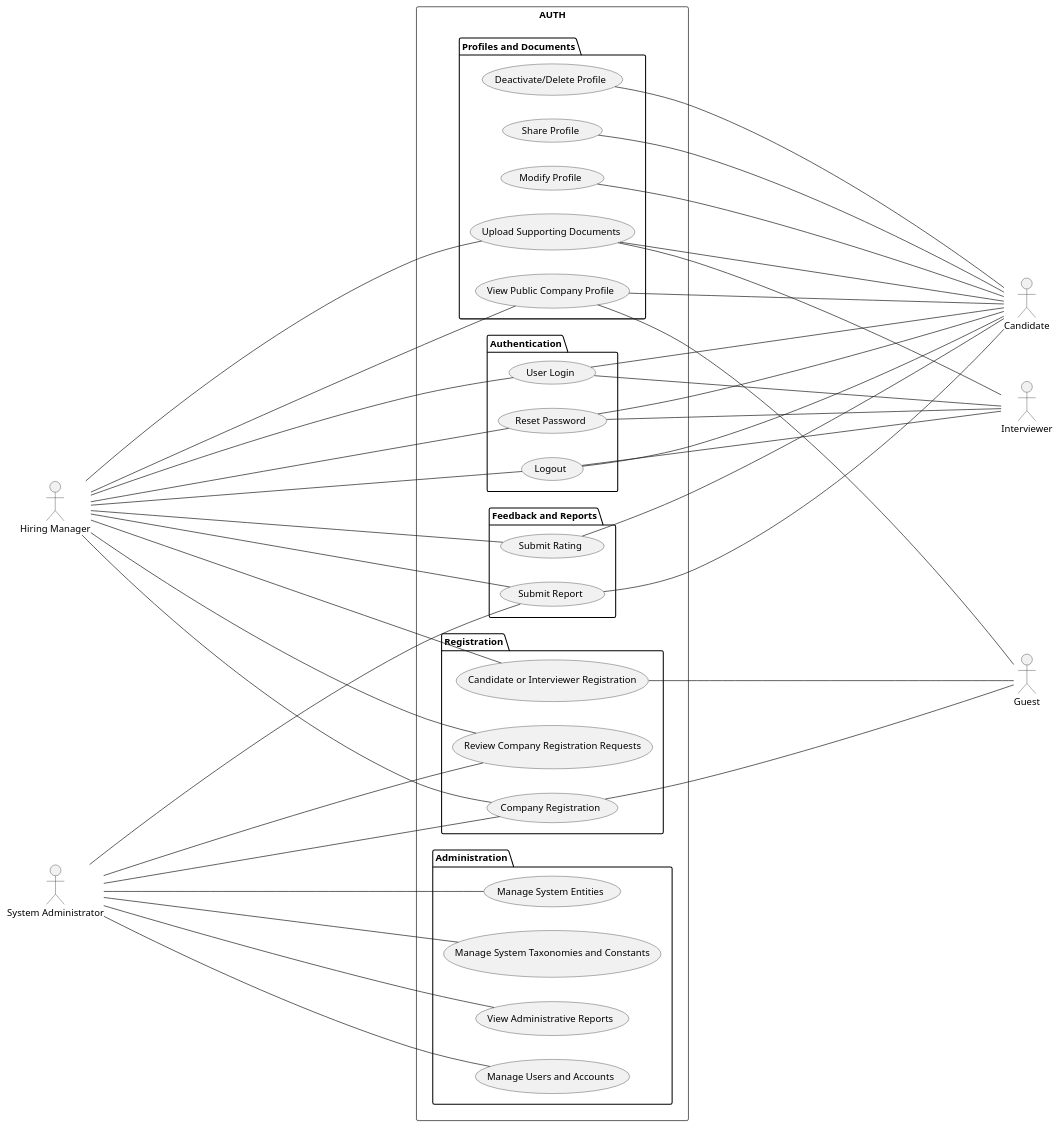
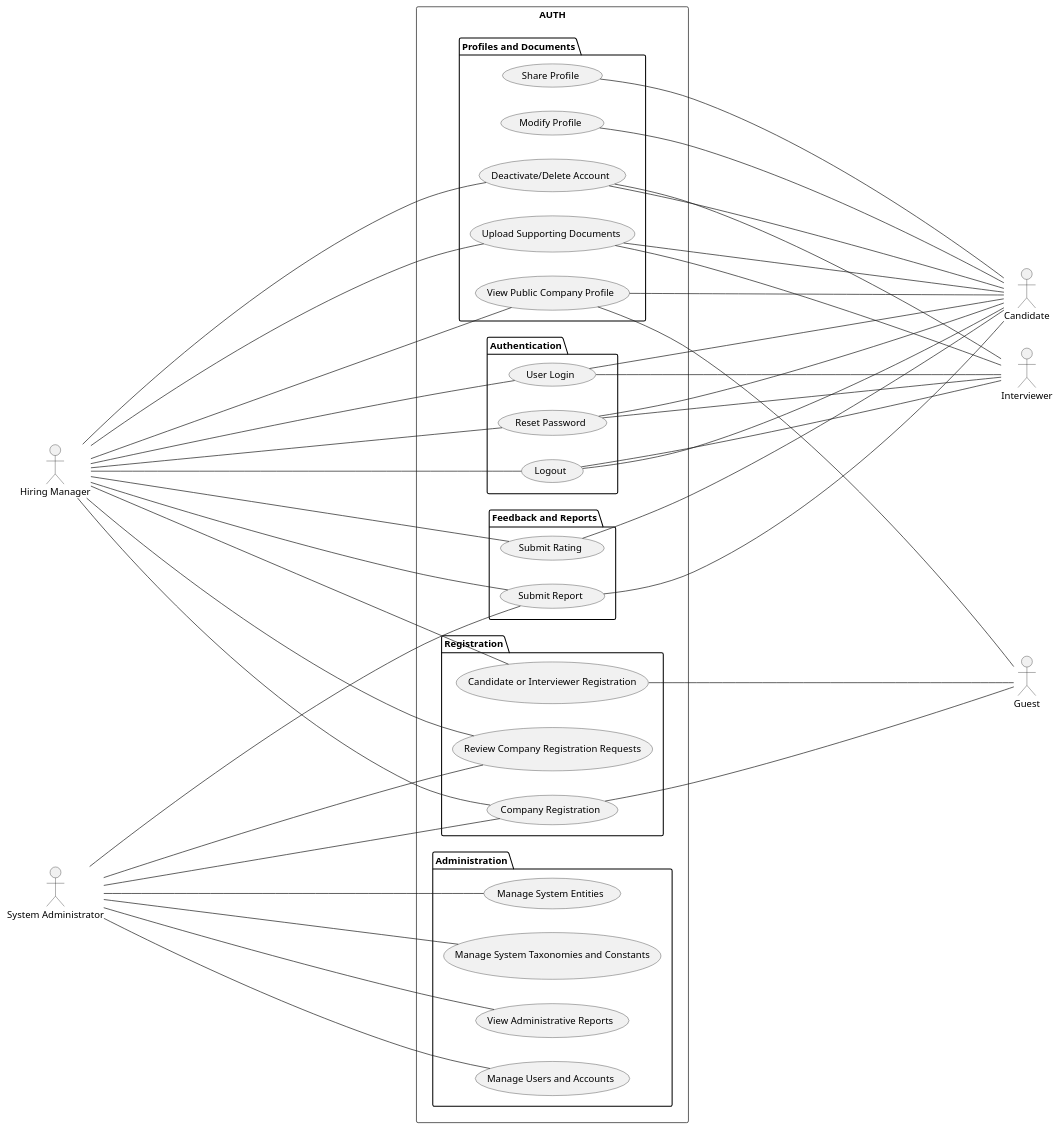
The diagram in docs/sdd/src/use_case_diagram_epic_1.puml (CSCE-3701-Amara/amara), drawn with PlantUML before and after one commit. The commit also changed 8 other files, not shown here.

Commit message:
docs(AMARA-1232): expand UC-AUTH-006 in the docs to include all account types. also update the docs to use Hiring Manager as the canonical term for company representatives.

```diff
--- a/docs/sdd/src/use_case_diagram_epic_1.puml
+++ b/docs/sdd/src/use_case_diagram_epic_1.puml
@@ -1,88 +1,90 @@
 @startuml
 
 ' Digram Configuration
 left to right direction
 skinparam ranksep 500
 skinparam shadowing false
 
 ' Defining Actors
 actor Candidate
 actor Interviewer
 actor Guest
 actor "Hiring Manager" as HM
 actor "System Administrator" as SA
 
 ' Defining AUTH Use Cases
 rectangle "AUTH" {
     package "Registration" {
         usecase "Candidate or Interviewer Registration" as UC_AUTH_001
         usecase "Company Registration" as UC_AUTH_002
         usecase "Review Company Registration Requests" as UC_AUTH_015
     }
     
     package "Profiles and Documents" {
         usecase "Modify Profile" as UC_AUTH_005
-        usecase "Deactivate/Delete Profile" as UC_AUTH_006
+        usecase "Deactivate/Delete Account" as UC_AUTH_006
         usecase "Share Profile" as UC_AUTH_007
         usecase "Upload Supporting Documents" as UC_AUTH_008
         usecase "View Public Company Profile" as UC_AUTH_012
     }
 
     package "Authentication" {
         usecase "User Login" as UC_AUTH_003
         usecase "Reset Password" as UC_AUTH_010
         usecase "Logout" as UC_AUTH_011
     }
 
 
     package "Administration" {
         usecase "Manage Users and Accounts" as UC_AUTH_013
         usecase "Manage System Entities" as UC_AUTH_014
         usecase "Manage System Taxonomies and Constants" as UC_AUTH_016
         usecase "View Administrative Reports" as UC_AUTH_017
     }
 
     package "Feedback and Reports" {
         usecase "Submit Report" as UC_AUTH_004
         usecase "Submit Rating" as UC_AUTH_009
     }
 
 }
 
 ' AUTH use case associations
 UC_AUTH_001 -- Guest
 UC_AUTH_002 -- Guest
 UC_AUTH_012 -- Guest
 UC_AUTH_003 -- Candidate
 UC_AUTH_004 -- Candidate
 UC_AUTH_005 -- Candidate
 UC_AUTH_006 -- Candidate
+UC_AUTH_006 -- Interviewer
+UC_AUTH_006 -- HM
 UC_AUTH_007 -- Candidate
 UC_AUTH_008 -- Candidate
 UC_AUTH_009 -- Candidate
 UC_AUTH_010 -- Candidate
 UC_AUTH_011 -- Candidate
 UC_AUTH_012 -- Candidate
 HM -- UC_AUTH_001 
 HM -- UC_AUTH_002
 HM -- UC_AUTH_003
 HM -- UC_AUTH_004
 HM -- UC_AUTH_008
 HM -- UC_AUTH_009
 HM -- UC_AUTH_010
 HM -- UC_AUTH_011
 HM -- UC_AUTH_012
 HM -- UC_AUTH_015
 UC_AUTH_003 -- Interviewer
 UC_AUTH_008 -- Interviewer
 UC_AUTH_010 -- Interviewer
 UC_AUTH_011 -- Interviewer
 SA -- UC_AUTH_002
 SA -- UC_AUTH_004
 SA -- UC_AUTH_013
 SA -- UC_AUTH_014
 SA -- UC_AUTH_015
 SA -- UC_AUTH_016
 SA -- UC_AUTH_017
 
 @enduml
```
